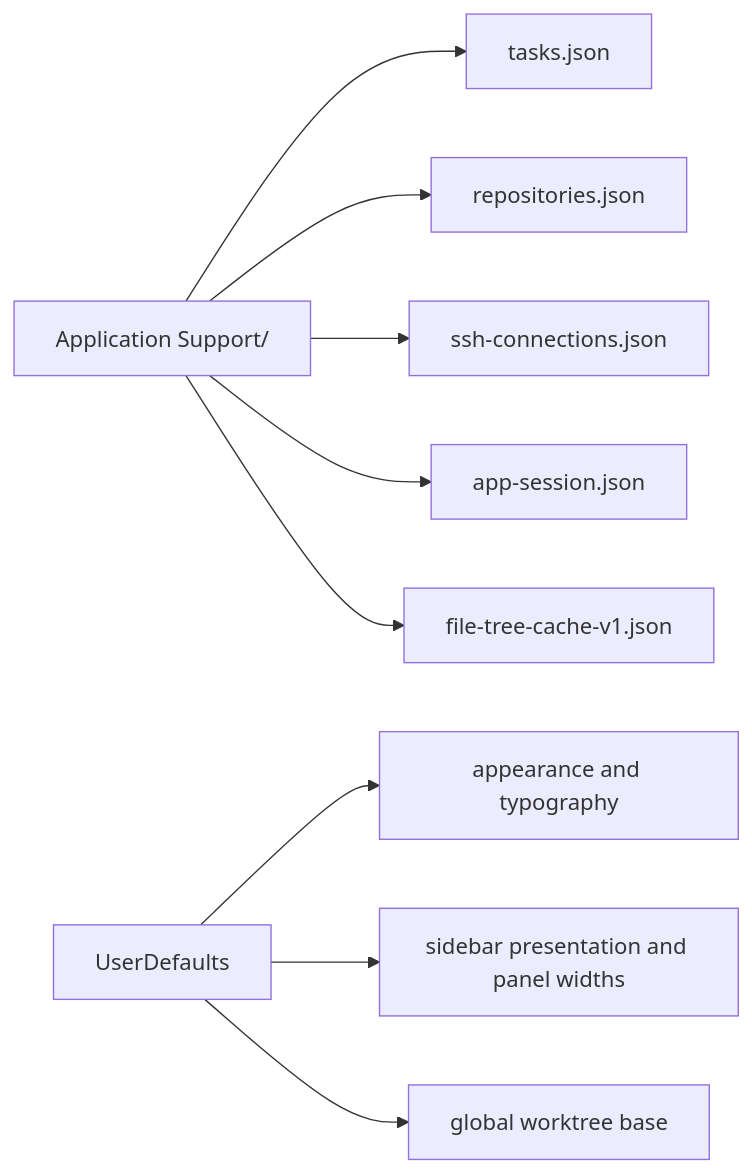
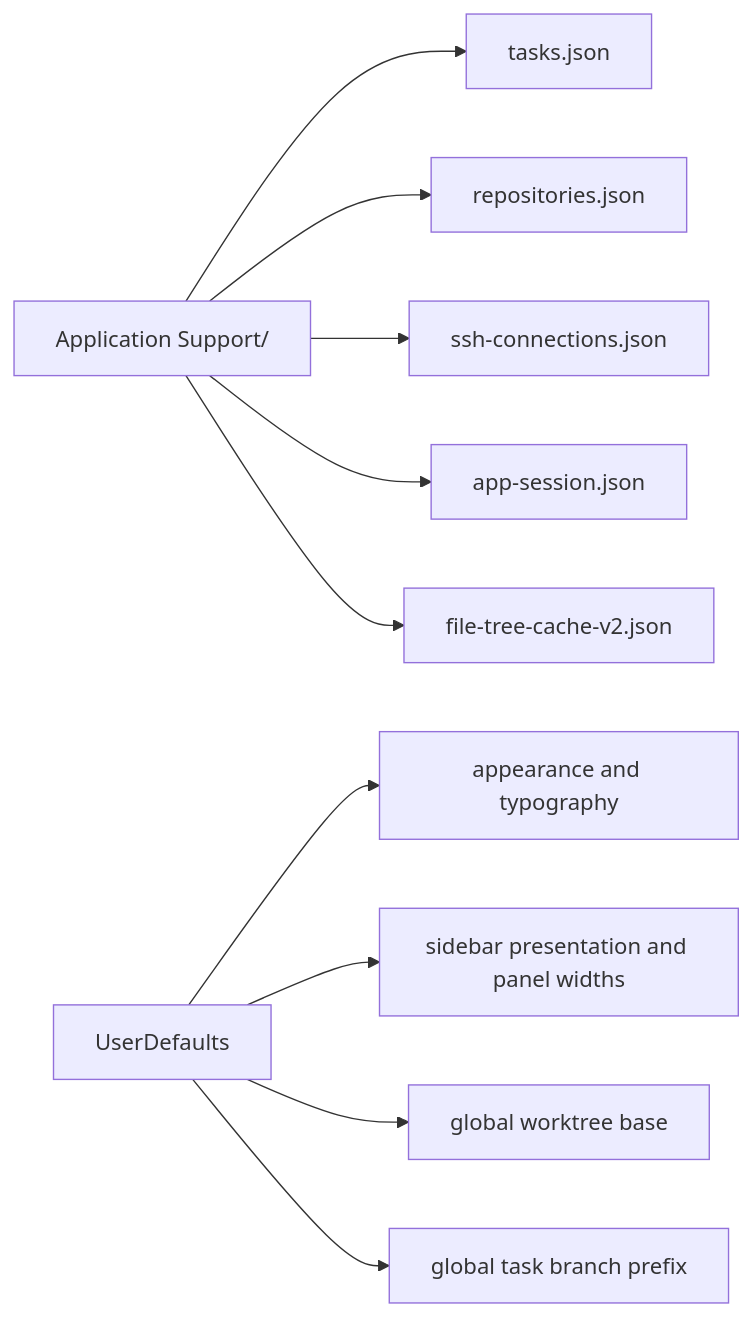
Before and after one commit to gh0stonio/pinata: the third of 5 diagrams in docs/application-architecture.md, drawn with Mermaid. The commit also changed other lines of this file and 22 other files, not shown here.

````diff
--- a/docs/application-architecture.md
+++ b/docs/application-architecture.md
@@ -108,11 +114,12 @@
 ```mermaid
 flowchart LR
     AppSupport[Application Support/<bundle-id>] --> Tasks[tasks.json]
     AppSupport --> Repos[repositories.json]
     AppSupport --> Connections[ssh-connections.json]
     AppSupport --> Session[app-session.json]
-    AppSupport --> FileTree[file-tree-cache-v1.json]
+    AppSupport --> FileTree[file-tree-cache-v2.json]
     Defaults[UserDefaults] --> Appearance[appearance and typography]
     Defaults --> Panels[sidebar presentation and panel widths]
     Defaults --> WorktreeDefault[global worktree base]
+    Defaults --> BranchPrefix[global task branch prefix]
 ```
````
